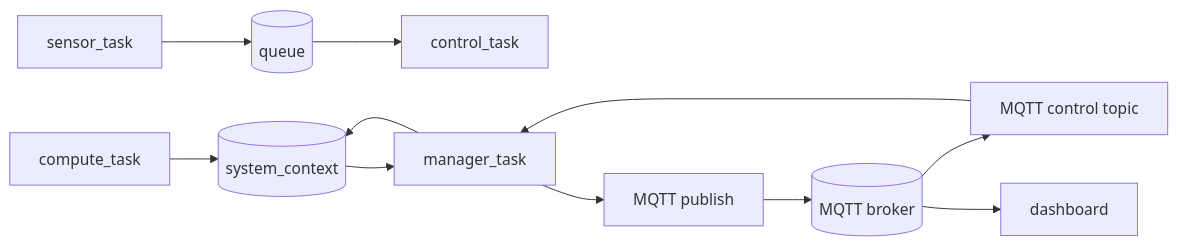
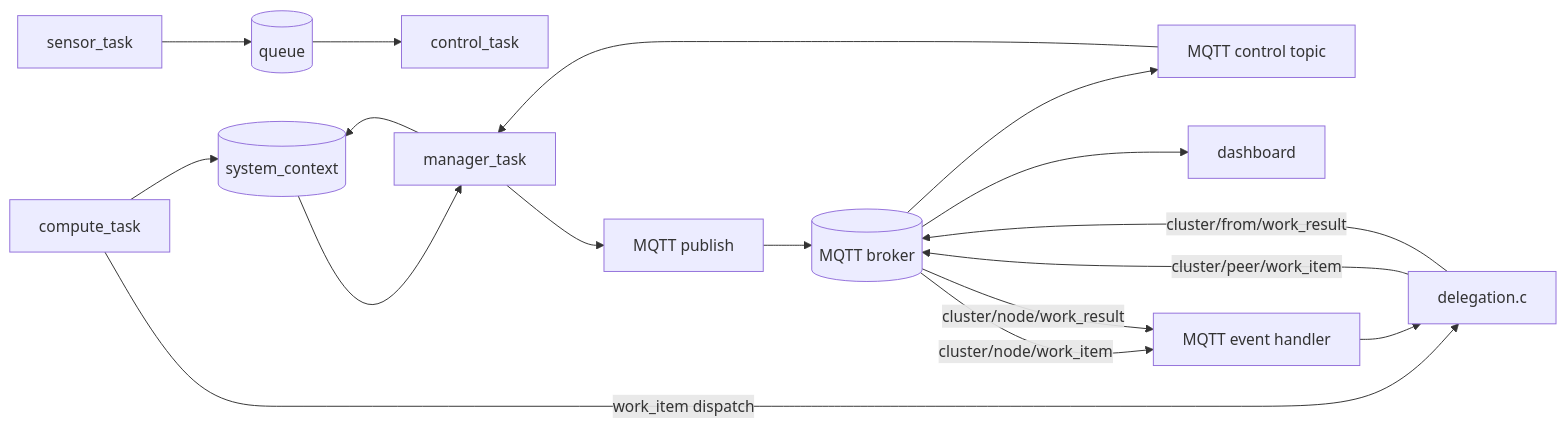
The second of 2 diagrams in docs/firmware-architecture.md (anaadimishra/distributed_rtos), drawn with Mermaid before and after one commit. The commit also changed other lines of this file and 76 other files, not shown here.

````diff
--- a/docs/firmware-architecture.md
+++ b/docs/firmware-architecture.md
@@ -32,17 +32,24 @@
 ```mermaid
 graph LR
   sensor_task[sensor_task] --> q[(queue)]
   q --> control_task[control_task]
 
   compute_task[compute_task] --> ctx[(system_context)]
   manager_task[manager_task] --> ctx
   ctx --> manager_task
 
   manager_task --> mqtt_pub[MQTT publish]
   mqtt_pub --> broker[(MQTT broker)]
 
   broker --> mqtt_ctrl[MQTT control topic]
   mqtt_ctrl --> manager_task
 
   broker --> dashboard[dashboard]
+
+  compute_task -->|work_item dispatch| delegation_c[delegation.c]
+  delegation_c -->|cluster/peer/work_item| broker
+  broker -->|cluster/node/work_item| mqtt_ev[MQTT event handler]
+  mqtt_ev --> delegation_c
+  delegation_c -->|cluster/from/work_result| broker
+  broker -->|cluster/node/work_result| mqtt_ev
 ```
````
